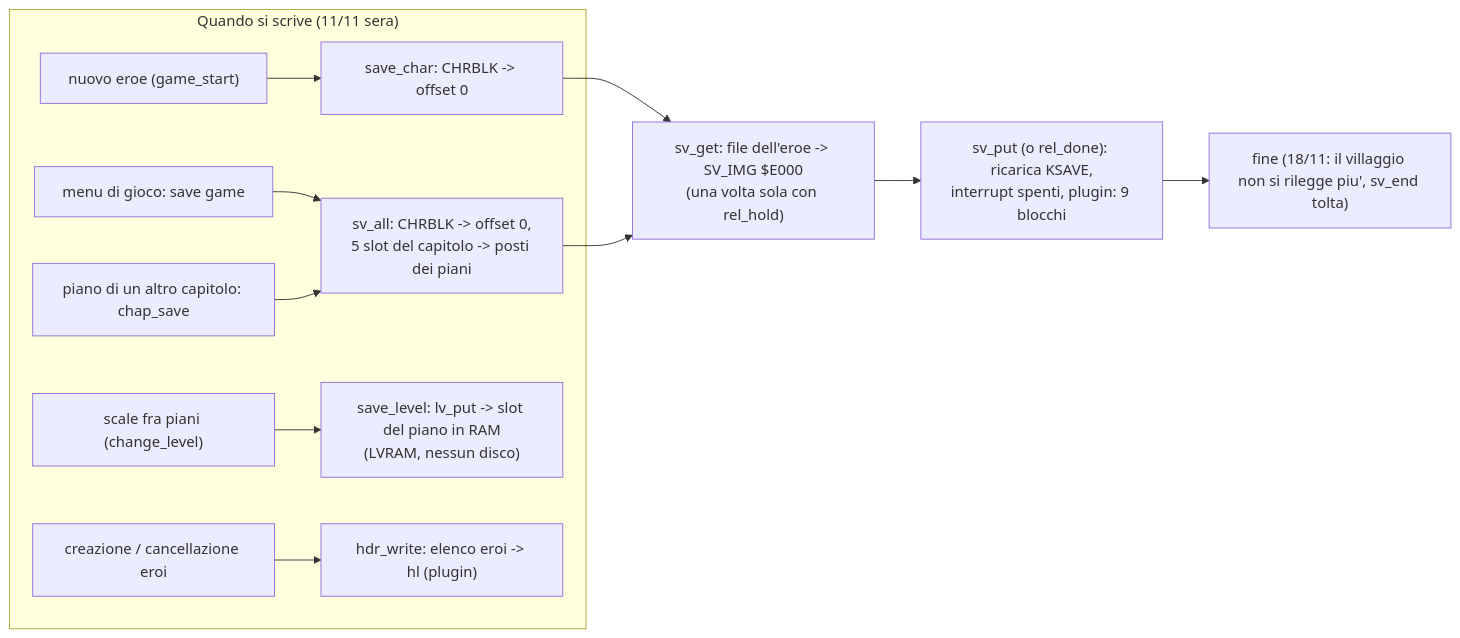
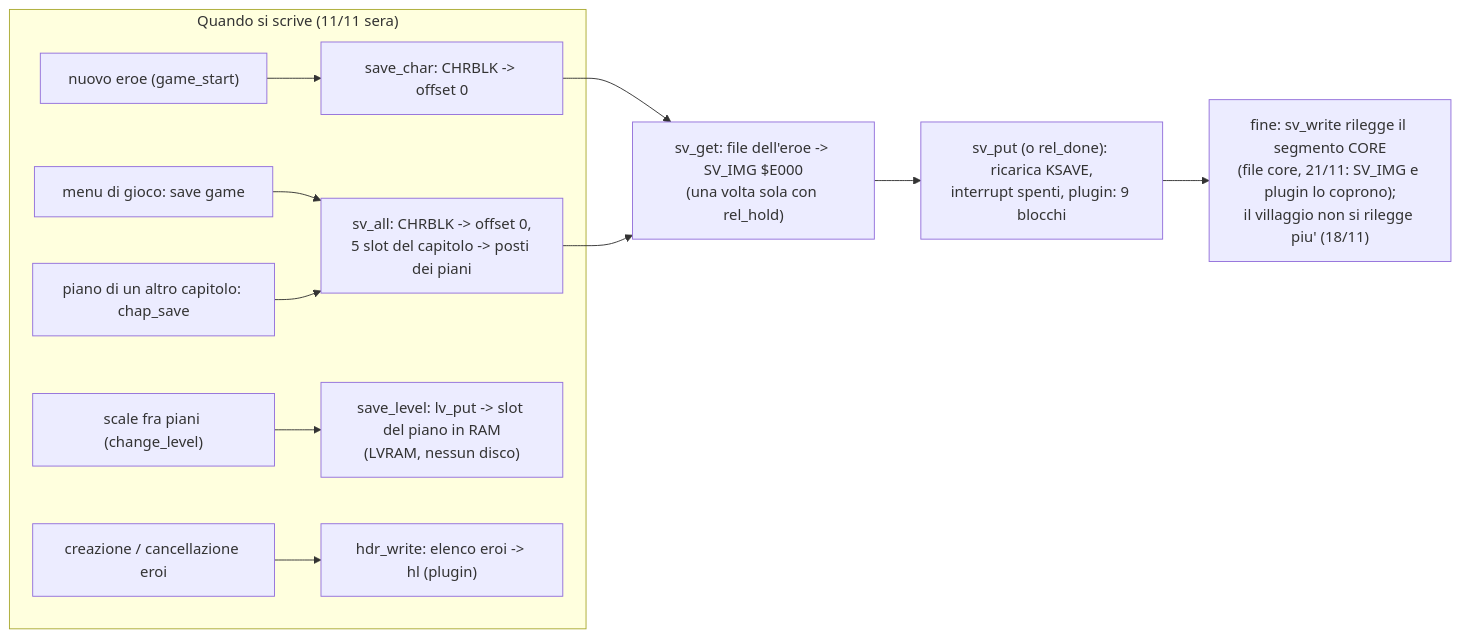
Before and after one commit to caporalesimone/barbarian-the-blood-path: the tenth of 18 diagrams in docs/wiki/flussi.md, drawn with Mermaid. The commit also changed other lines of this file and 31 other files, not shown here.

````diff
--- a/docs/wiki/flussi.md
+++ b/docs/wiki/flussi.md
@@ -282,17 +282,17 @@
 ```mermaid
 flowchart LR
     SC["save_char: CHRBLK -> offset 0"]
     SA["sv_all: CHRBLK -> offset 0,<br/>5 slot del capitolo -> posti dei piani"]
     SL["save_level: lv_put -> slot del piano in RAM<br/>(LVRAM, nessun disco)"]
     HW["hdr_write: elenco eroi -> hl (plugin)"]
     subgraph QUANDO["Quando si scrive (11/11 sera)"]
         A1["nuovo eroe (game_start)"] --> SC
         A2["menu di gioco: save game"] --> SA
         A3["piano di un altro capitolo: chap_save"] --> SA
         A5["scale fra piani (change_level)"] --> SL
         A6["creazione / cancellazione eroi"] --> HW
     end
     SC --> GT
     SA --> GT
-    GT["sv_get: file dell'eroe -> SV_IMG $E000<br/>(una volta sola con rel_hold)"] --> PT["sv_put (o rel_done): ricarica KSAVE,<br/>interrupt spenti, plugin: 9 blocchi"]  --> SE["fine (18/11: il villaggio non si rilegge piu', sv_end tolta)"]
+    GT["sv_get: file dell'eroe -> SV_IMG $E000<br/>(una volta sola con rel_hold)"] --> PT["sv_put (o rel_done): ricarica KSAVE,<br/>interrupt spenti, plugin: 9 blocchi"]  --> SE["fine: sv_write rilegge il segmento CORE<br/>(file core, 21/11: SV_IMG e plugin lo coprono);<br/>il villaggio non si rilegge piu' (18/11)"]
 ```
````
